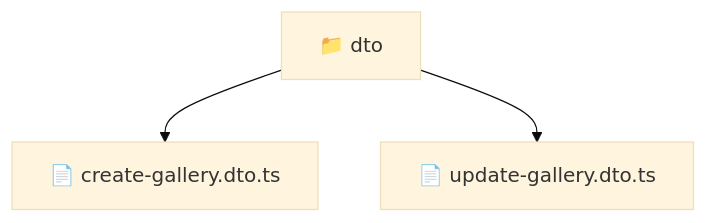
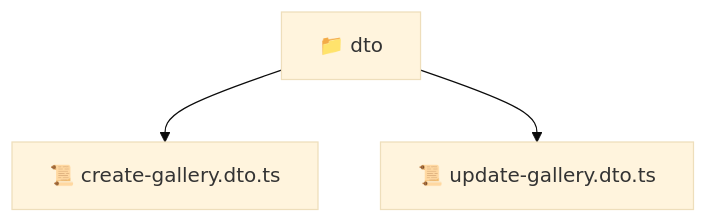
One commit to beginwebdev2002/fullstack-mavluda changed the diagram in backend/src/modules/gallery/presentation/dto/README.md. Above: the diagram before and after it, drawn with Mermaid (base theme). The commit also changed other lines of this file and 163 other files, not shown here.

````diff
--- a/backend/src/modules/gallery/presentation/dto/README.md
+++ b/backend/src/modules/gallery/presentation/dto/README.md
@@ -9,6 +9,6 @@
 ```mermaid
 graph TD
-  Root["📁 dto"]
-  Root --> create_gallery_dto_ts["📄 create-gallery.dto.ts"]
-  Root --> update_gallery_dto_ts["📄 update-gallery.dto.ts"]
+  dto["📁 dto"]
+  dto --> create_gallery_dto_ts["📜 create-gallery.dto.ts"]
+  dto --> update_gallery_dto_ts["📜 update-gallery.dto.ts"]
 ```
````
